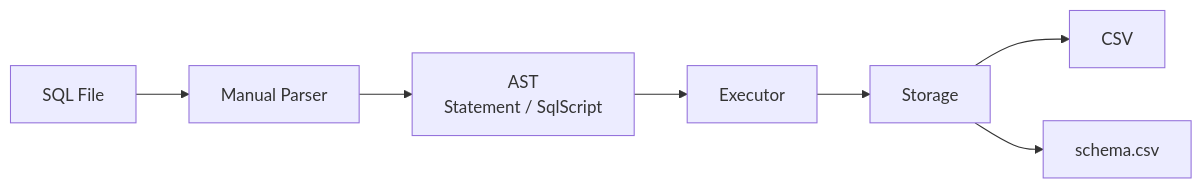
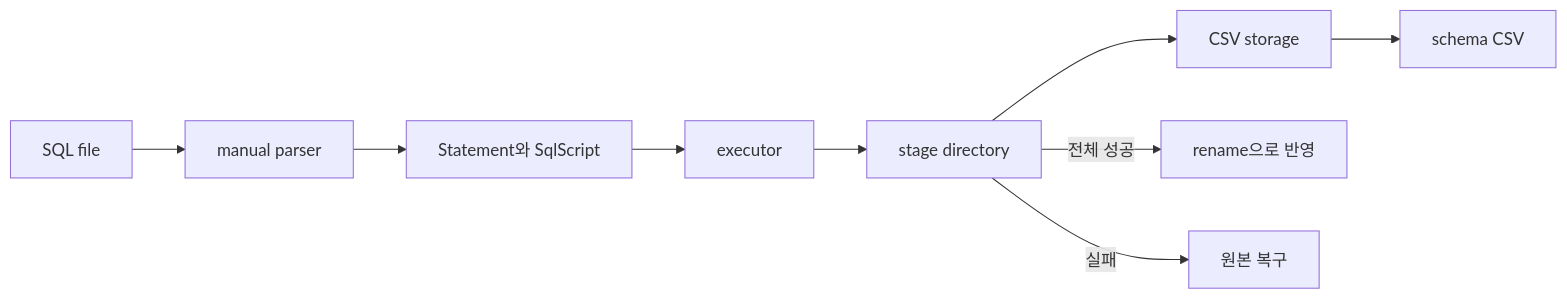
Before and after one commit to NearthYou/SQL_WednsdayCodingClub: the diagram in README.md, drawn with Mermaid. The commit also changed other lines of this file and 2 other files, not shown here.

````diff
--- a/README.md
+++ b/README.md
@@ -23,9 +24,11 @@
 ```mermaid
 flowchart LR
-    A[SQL File] --> B[Manual Parser]
-    B --> C[AST<br/>Statement / SqlScript]
-    C --> D[Executor]
-    D --> E[Storage]
-    E --> F[CSV]
-    E --> G[schema.csv]
+    FILE[SQL file] --> PARSER[manual parser]
+    PARSER --> AST[Statement와 SqlScript]
+    AST --> EXEC[executor]
+    EXEC --> STAGE[stage directory]
+    STAGE --> STORE[CSV storage]
+    STORE --> SCHEMA[schema CSV]
+    STAGE -->|전체 성공| COMMIT[rename으로 반영]
+    STAGE -->|실패| ROLLBACK[원본 복구]
 ```
````
